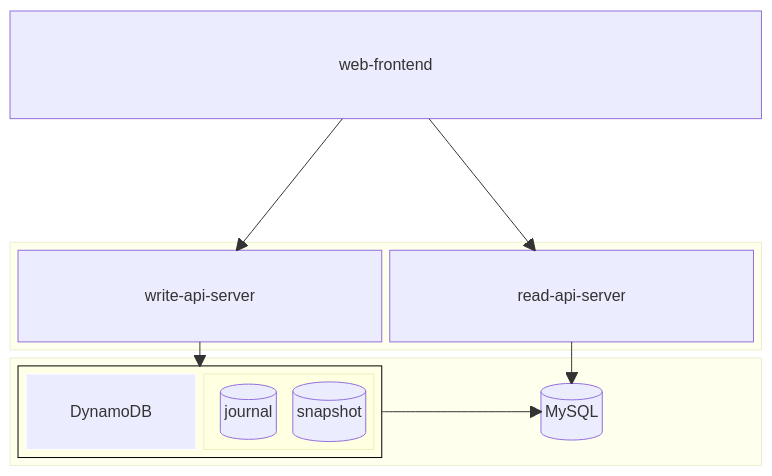
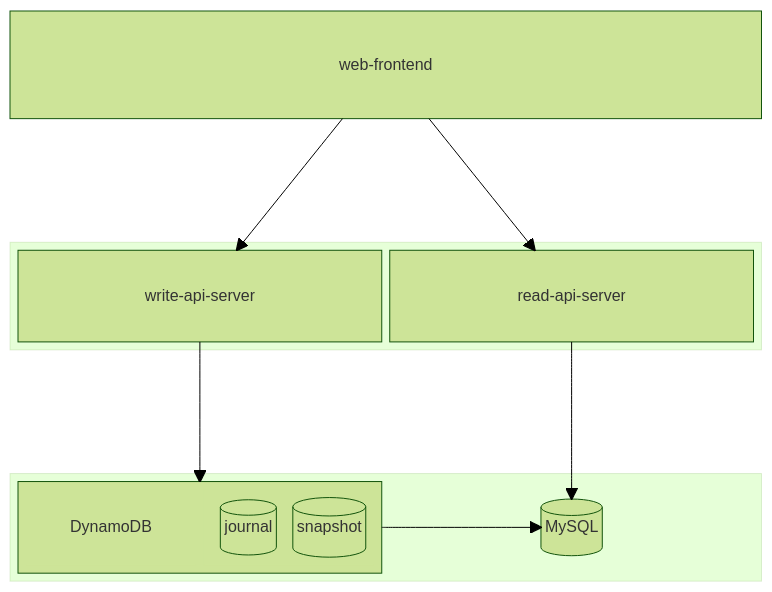
Before and after one commit to kuramapommel/cqrs-es-example: the diagram in README.md, drawn with Mermaid. The commit also changed other lines of this file, not shown here.

Commit message:
ディレクトリ構成の補足とアーキテクチャ図の色付け

````diff
--- a/README.md
+++ b/README.md
@@ -107,27 +107,31 @@
 ```mermaid
-block-beta
-columns 1
-  WebFrontend["web-frontend"]
-  space
-  block
-    WriteApiServer["write-api-server"]
-    ReadApiServer["read-api-server"]
-  end
-  block
-    block:WriteModel
-      DynamoDB["DynamoDB"]
-      block
-        Journal[("journal")]
-        Snapshot[("snapshot")]
+%%{init: {'theme':'forest'}}%%
+  block-beta
+  columns 1
+    WebFrontend["web-frontend"]
+    space
+    block
+      WriteApiServer["write-api-server"]
+      ReadApiServer["read-api-server"]
+    end
+    space
+    block
+      block:WriteModel
+        DynamoDB["DynamoDB"]
+        block:tables
+          Journal[("journal")]
+          Snapshot[("snapshot")]
+        end
       end
+      ReadModel[("MySQL")]
     end
-    ReadModel[("MySQL")]
-  end
-  WebFrontend --> WriteApiServer
-  WebFrontend --> ReadApiServer
-  WriteApiServer --> WriteModel
-  WriteModel --> ReadModel
-  ReadApiServer --> ReadModel
-  style WriteModel stroke:#000
-  style DynamoDB stroke:#fff
+    WebFrontend --> WriteApiServer
+    WebFrontend --> ReadApiServer
+    WriteApiServer --> WriteModel
+    WriteModel space:2 ReadModel
+    WriteModel --> ReadModel
+    ReadApiServer --> ReadModel
+    style WriteModel fill:#cde498,stroke:#13540c
+    style tables fill:#cde498,stroke:#cde498
+    style DynamoDB fill:#cde498,stroke:#cde498
 ```
````
